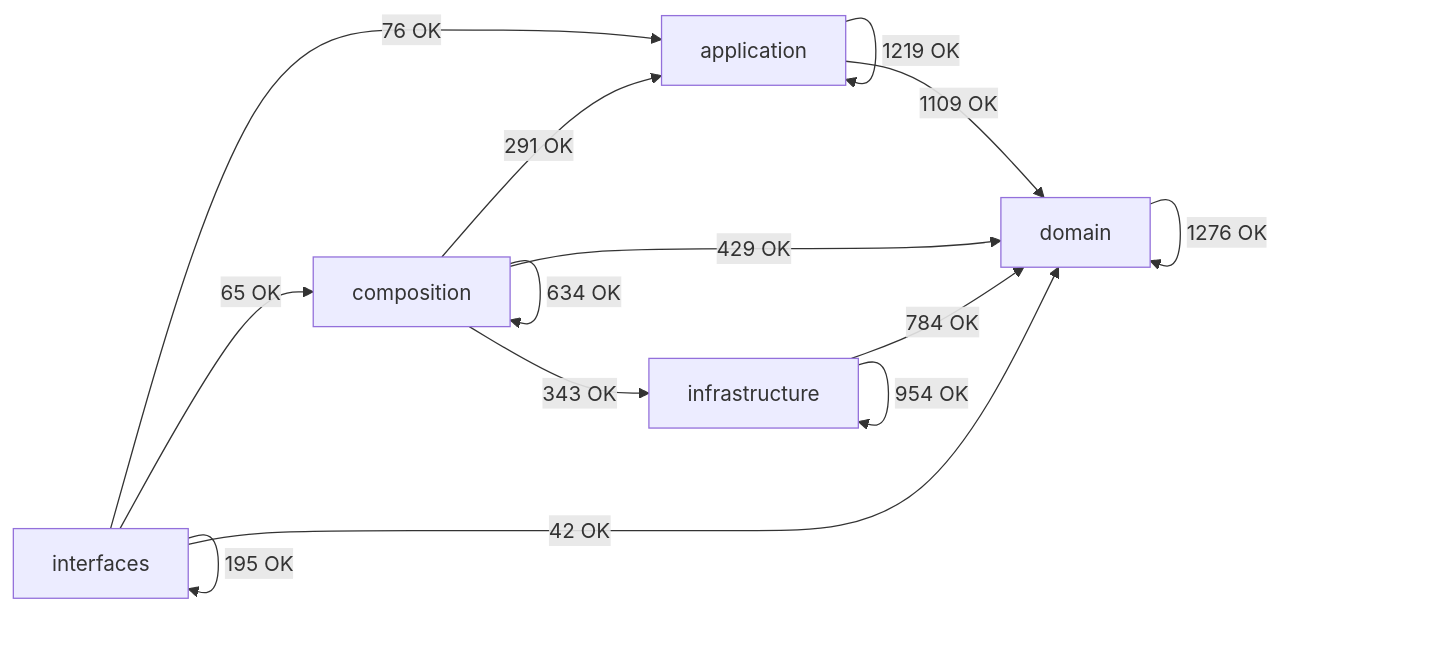
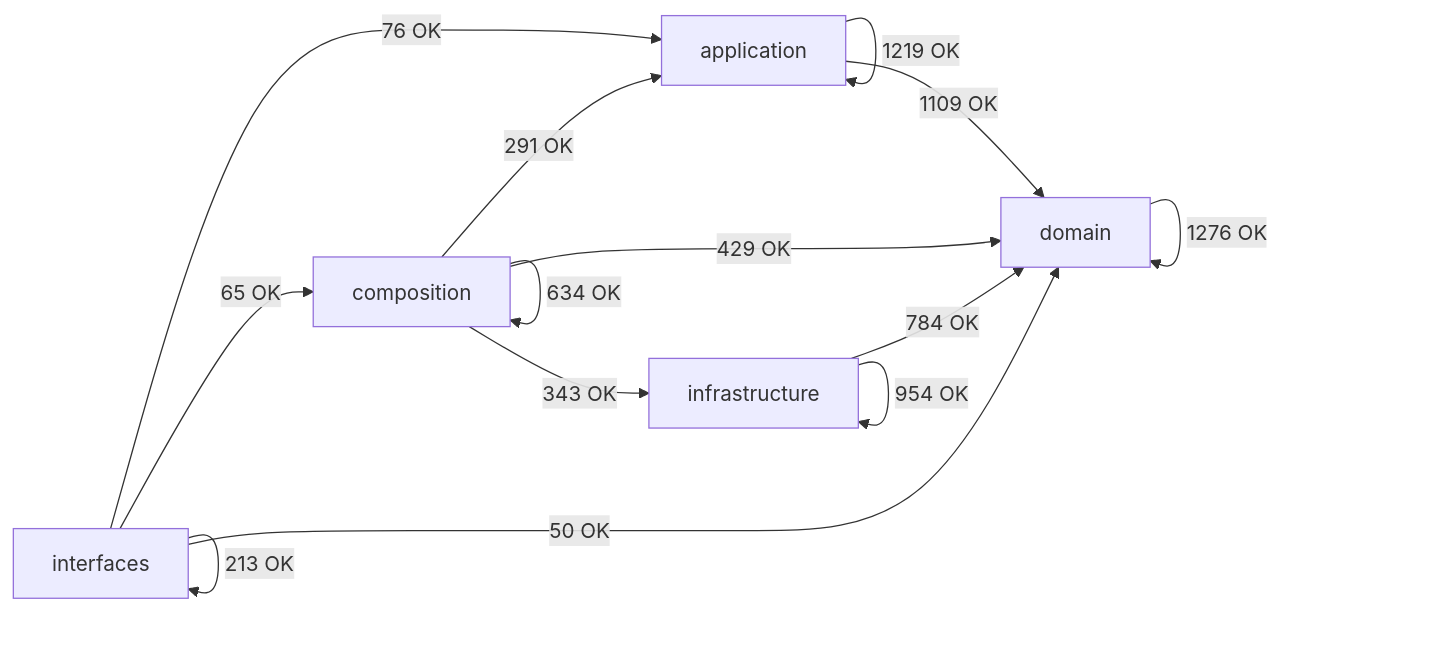
One commit to SatoryKono/BioactivityDataAcquisition changed the diagram in docs/02-architecture/generated/module-dependency-map.md. Above: the diagram before and after it, drawn with Mermaid. The commit also changed other lines of this file and 1 other file, not shown here.

````diff
--- a/docs/02-architecture/generated/module-dependency-map.md
+++ b/docs/02-architecture/generated/module-dependency-map.md
@@ -17,21 +17,21 @@
 ```mermaid
 flowchart LR
     domain[domain]
     application[application]
     infrastructure[infrastructure]
     composition[composition]
     interfaces[interfaces]
     application -->|1219 OK| application
     application -->|1109 OK| domain
     composition -->|291 OK| application
     composition -->|634 OK| composition
     composition -->|429 OK| domain
     composition -->|343 OK| infrastructure
     domain -->|1276 OK| domain
     infrastructure -->|784 OK| domain
     infrastructure -->|954 OK| infrastructure
     interfaces -->|76 OK| application
     interfaces -->|65 OK| composition
-    interfaces -->|42 OK| domain
-    interfaces -->|195 OK| interfaces
+    interfaces -->|50 OK| domain
+    interfaces -->|213 OK| interfaces
 ```
````
